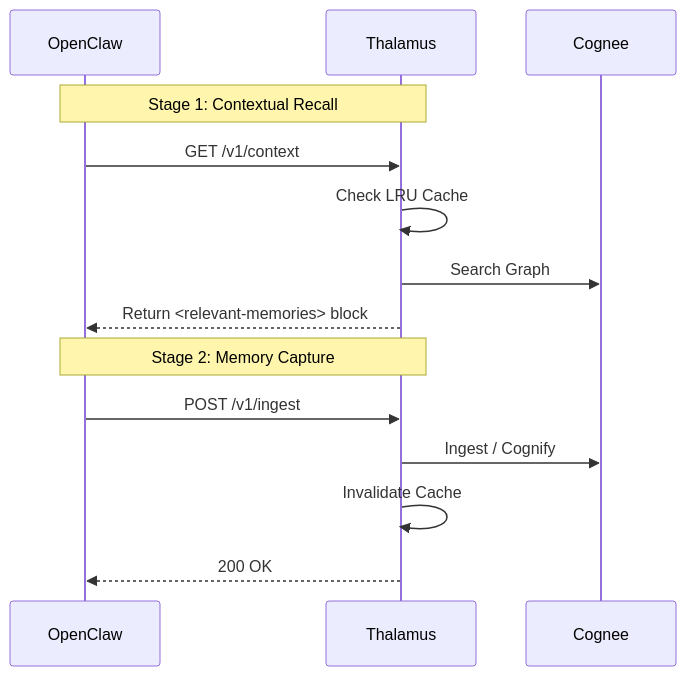
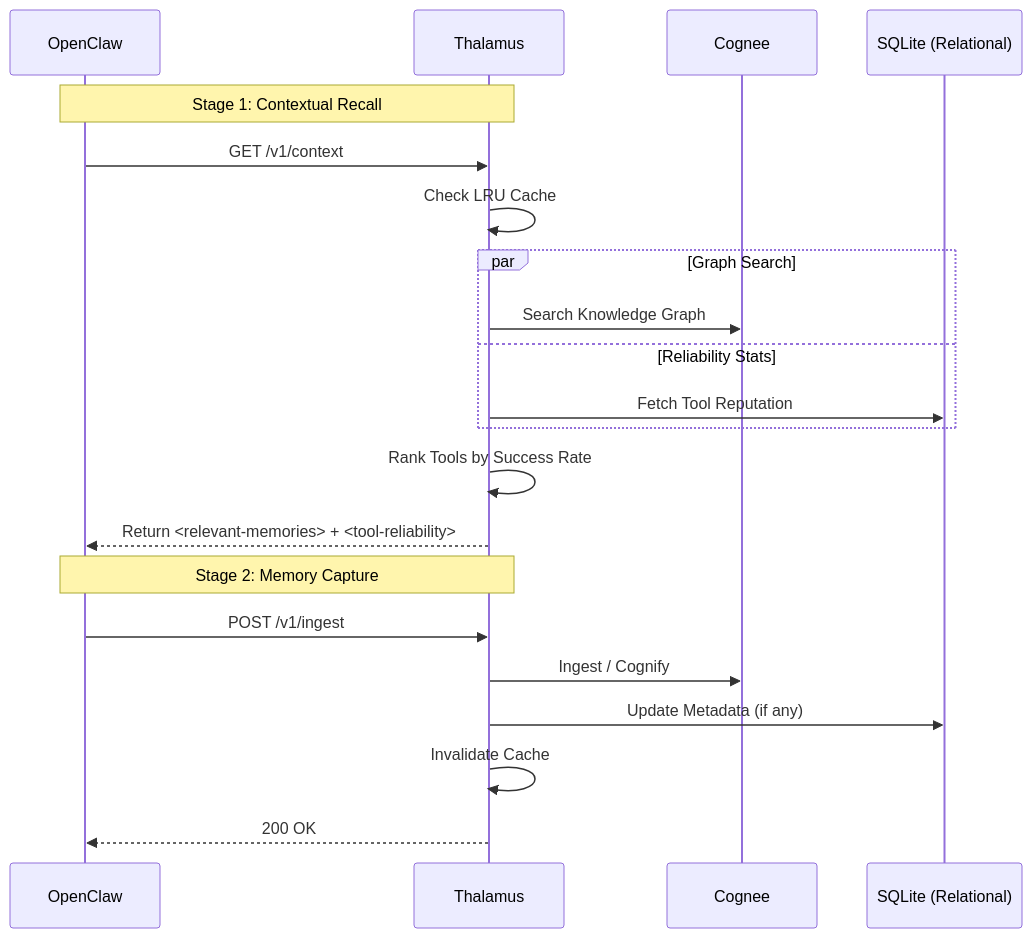
One commit to JuanHuaXu/thalamus changed the second of 2 diagrams in docs/architecture.md. Above: the diagram before and after it, drawn with Mermaid. The commit also changed other lines of this file, not shown here.

````diff
--- a/docs/architecture.md
+++ b/docs/architecture.md
@@ -81,18 +59,25 @@
 ```mermaid
 sequenceDiagram
     participant OC as OpenClaw
     participant MW as Thalamus
     participant CG as Cognee
+    participant SL as SQLite (Relational)
     
     Note over OC,MW: Stage 1: Contextual Recall
     OC->>MW: GET /v1/context
     MW->>MW: Check LRU Cache
-    MW->>CG: Search Graph
-    MW-->>OC: Return <relevant-memories> block
+    par Graph Search
+        MW->>CG: Search Knowledge Graph
+    and Reliability Stats
+        MW->>SL: Fetch Tool Reputation
+    end
+    MW->>MW: Rank Tools by Success Rate
+    MW-->>OC: Return <relevant-memories> + <tool-reliability>
     
     Note over OC,MW: Stage 2: Memory Capture
     OC->>MW: POST /v1/ingest
     MW->>CG: Ingest / Cognify
+    MW->>SL: Update Metadata (if any)
     MW->>MW: Invalidate Cache
     MW-->>OC: 200 OK
 ```
````
